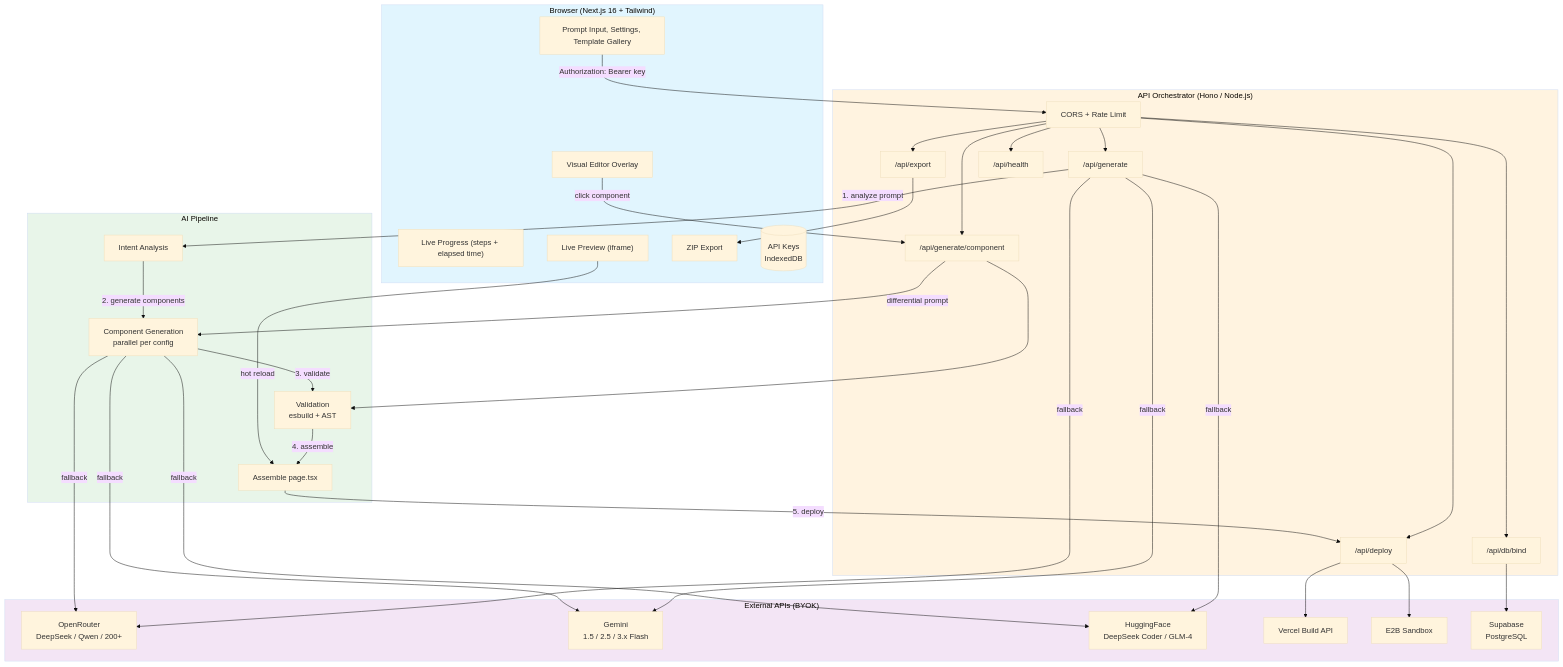
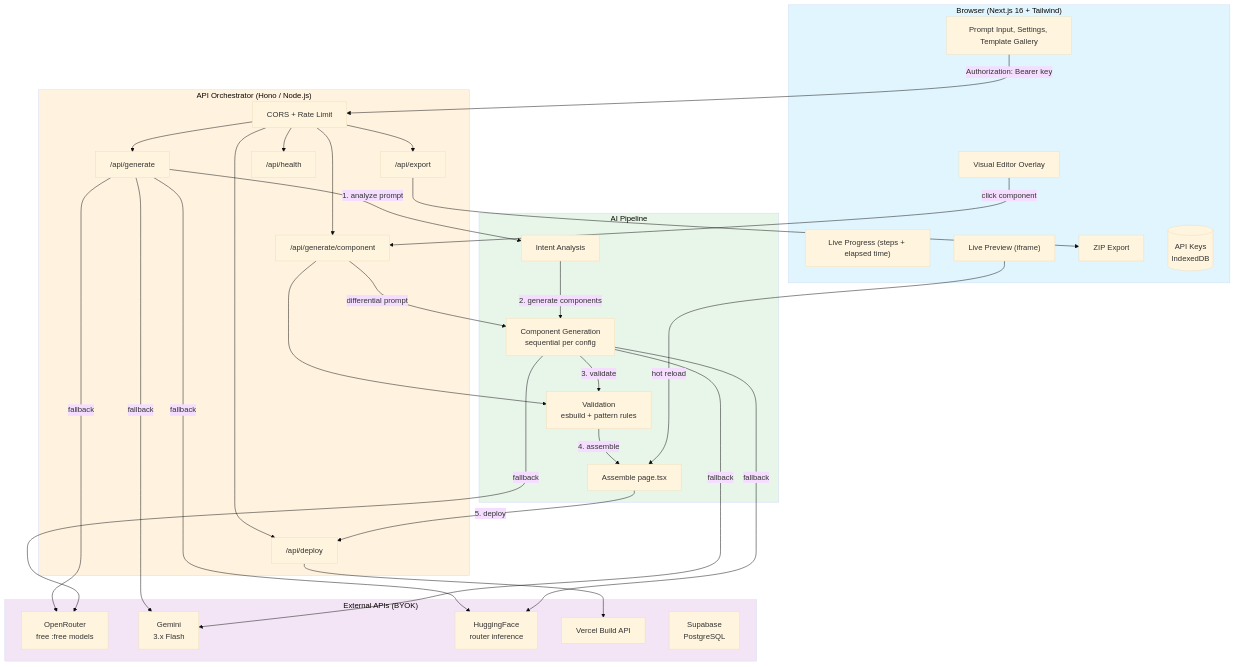
Before and after one commit to ezpectus/forgeai: the first of 2 diagrams in docs/architecture.md, drawn with Mermaid (base theme). The commit also changed other lines of this file and 120 other files, not shown here.

````diff
--- a/docs/architecture.md
+++ b/docs/architecture.md
@@ -9,73 +9,68 @@
 ```mermaid
 flowchart TB
     subgraph Browser["Browser (Next.js 16 + Tailwind)"]
         UI["Prompt Input, Settings, Template Gallery"]
         Progress["Live Progress (steps + elapsed time)"]
         Preview["Live Preview (iframe)"]
         Editor["Visual Editor Overlay"]
         Export["ZIP Export"]
         Keys[("API Keys<br/>IndexedDB")]
     end
 
     subgraph Orchestrator["API Orchestrator (Hono / Node.js)"]
         CORS["CORS + Rate Limit"]
         GenAPI["/api/generate"]
         CompAPI["/api/generate/component"]
         DeployAPI["/api/deploy"]
         ExportAPI["/api/export"]
-        DbAPI["/api/db/bind"]
         HealthAPI["/api/health"]
     end
 
     subgraph AIPipeline["AI Pipeline"]
         Intent["Intent Analysis"]
-        ComponentGen["Component Generation<br/>parallel per config"]
-        Validate["Validation<br/>esbuild + AST"]
+        ComponentGen["Component Generation<br/>sequential per config"]
+        Validate["Validation<br/>esbuild + pattern rules"]
         Assemble["Assemble page.tsx"]
     end
 
     subgraph Providers["External APIs (BYOK)"]
-        OpenRouter["OpenRouter<br/>DeepSeek / Qwen / 200+"]
-        Gemini["Gemini<br/>1.5 / 2.5 / 3.x Flash"]
-        HuggingFace["HuggingFace<br/>DeepSeek Coder / GLM-4"]
+        OpenRouter["OpenRouter<br/>free :free models"]
+        Gemini["Gemini<br/>3.x Flash"]
+        HuggingFace["HuggingFace<br/>router inference"]
         Vercel["Vercel Build API"]
-        E2B["E2B Sandbox"]
         Supabase["Supabase<br/>PostgreSQL"]
     end
 
     UI -->|Authorization: Bearer key| CORS
     CORS --> GenAPI
     CORS --> CompAPI
     CORS --> DeployAPI
     CORS --> ExportAPI
-    CORS --> DbAPI
     CORS --> HealthAPI
 
     GenAPI -->|1. analyze prompt| Intent
     Intent -->|2. generate components| ComponentGen
     ComponentGen -->|3. validate| Validate
     Validate -->|4. assemble| Assemble
     Assemble -->|5. deploy| DeployAPI
     DeployAPI --> Vercel
-    DeployAPI --> E2B
     ExportAPI --> Export
-    DbAPI --> Supabase
 
     GenAPI -->|fallback| OpenRouter
     GenAPI -->|fallback| Gemini
     GenAPI -->|fallback| HuggingFace
     ComponentGen -->|fallback| OpenRouter
     ComponentGen -->|fallback| Gemini
     ComponentGen -->|fallback| HuggingFace
 
     CompAPI -->|differential prompt| ComponentGen
     CompAPI --> Validate
 
     Preview -->|hot reload| Assemble
     Editor -->|click component| CompAPI
 
     style Browser fill:#e1f5fe
     style Orchestrator fill:#fff3e0
     style AIPipeline fill:#e8f5e9
     style Providers fill:#f3e5f5
 ```
````
